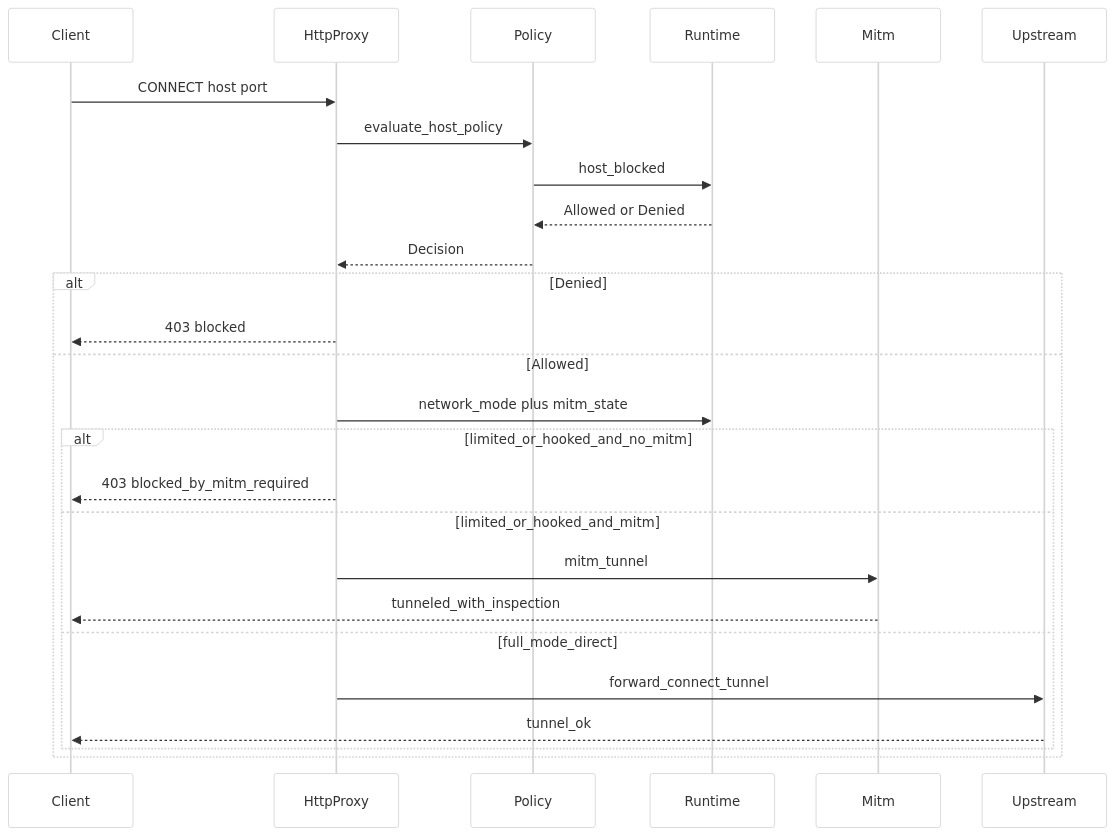
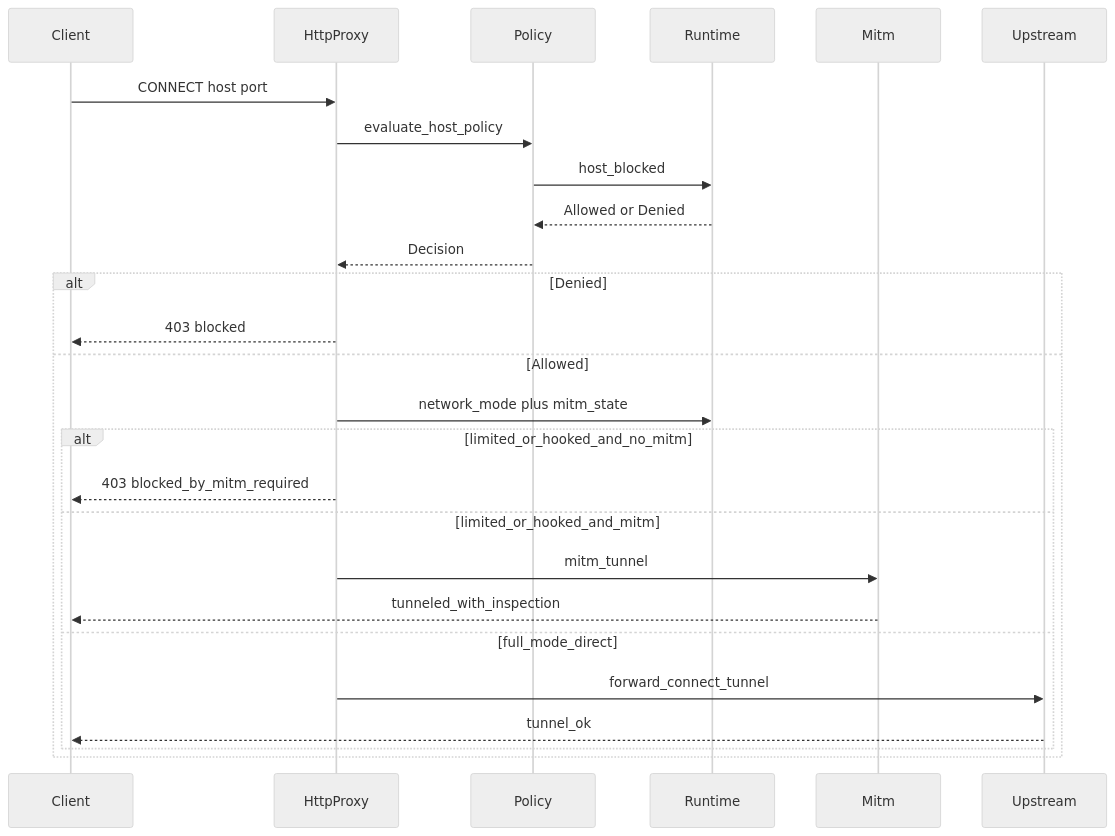
The third of 5 diagrams in Part II Source Analysis/15-网络代理与策略.md (GLBB/codex-source-analysis), drawn with Mermaid before and after one commit. The commit also changed other lines of this file and 29 other files, not shown here.

````diff
--- a/Part II Source Analysis/15-网络代理与策略.md
+++ b/Part II Source Analysis/15-网络代理与策略.md
@@ -389,31 +408,31 @@
 ```mermaid
-%%{init: {"theme":"neutral","themeVariables":{"background":"#ffffff","mainBkg":"#ffffff","primaryColor":"#ffffff","secondaryColor":"#ffffff","tertiaryColor":"#ffffff","primaryTextColor":"#000000","secondaryTextColor":"#000000","tertiaryTextColor":"#000000","lineColor":"#333333","textColor":"#000000","fontFamily":"Helvetica"},"themeCSS":"svg { background: #ffffff !important; } .label, .nodeLabel, .edgeLabel, .messageText, text { fill: #000000 !important; color: #000000 !important; }"}}%%
+%%{init:{'theme':'neutral','themeVariables':{'background':'#ffffff'}}}%%
 sequenceDiagram
     participant Client
     participant HttpProxy
     participant Policy
     participant Runtime
     participant Mitm
     participant Upstream
 
     Client->>HttpProxy: CONNECT host port
     HttpProxy->>Policy: evaluate_host_policy
     Policy->>Runtime: host_blocked
     Runtime-->>Policy: Allowed or Denied
     Policy-->>HttpProxy: Decision
 
     alt Denied
         HttpProxy-->>Client: 403 blocked
     else Allowed
         HttpProxy->>Runtime: network_mode plus mitm_state
         alt limited_or_hooked_and_no_mitm
             HttpProxy-->>Client: 403 blocked_by_mitm_required
         else limited_or_hooked_and_mitm
             HttpProxy->>Mitm: mitm_tunnel
             Mitm-->>Client: tunneled_with_inspection
         else full_mode_direct
             HttpProxy->>Upstream: forward_connect_tunnel
             Upstream-->>Client: tunnel_ok
         end
     end
 ```
````
